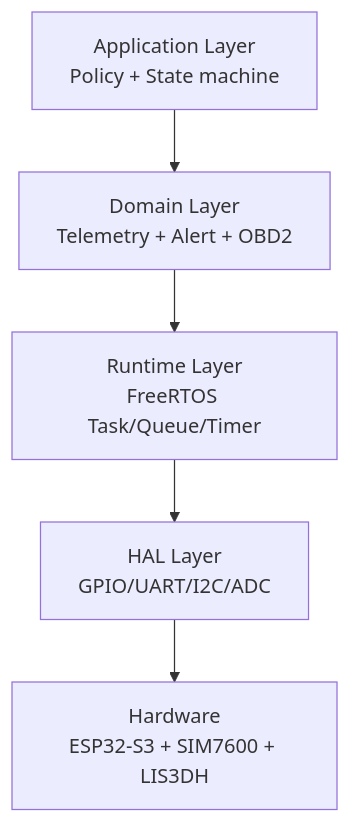
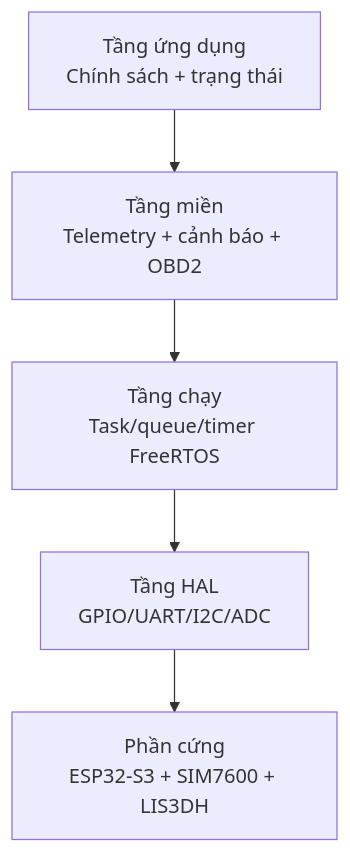
Before and after one commit to anmh1205/IoT_Vehicle_Tracking_System: the diagram in resources/reports/thesis/final/assets/uml/04-chuong-3-giai-phap-firmware-hinh-3-5.mmd, drawn with Mermaid. The commit also changed 209 other files, not shown here.

```diff
--- a/resources/reports/thesis/final/assets/uml/04-chuong-3-giai-phap-firmware-hinh-3-5.mmd
+++ b/resources/reports/thesis/final/assets/uml/04-chuong-3-giai-phap-firmware-hinh-3-5.mmd
@@ -1,13 +1,13 @@
 flowchart TB
-    A["Application Layer
-Policy + State machine"]
-    B["Domain Layer
-Telemetry + Alert + OBD2"]
-    C["Runtime Layer
-FreeRTOS Task/Queue/Timer"]
-    D["HAL Layer
+    A["Tầng ứng dụng
+Chính sách + trạng thái"]
+    B["Tầng miền
+Telemetry + cảnh báo + OBD2"]
+    C["Tầng chạy
+Task/queue/timer FreeRTOS"]
+    D["Tầng HAL
 GPIO/UART/I2C/ADC"]
-    E["Hardware
+    E["Phần cứng
 ESP32-S3 + SIM7600 + LIS3DH"]
 
     A --> B --> C --> D --> E
```
